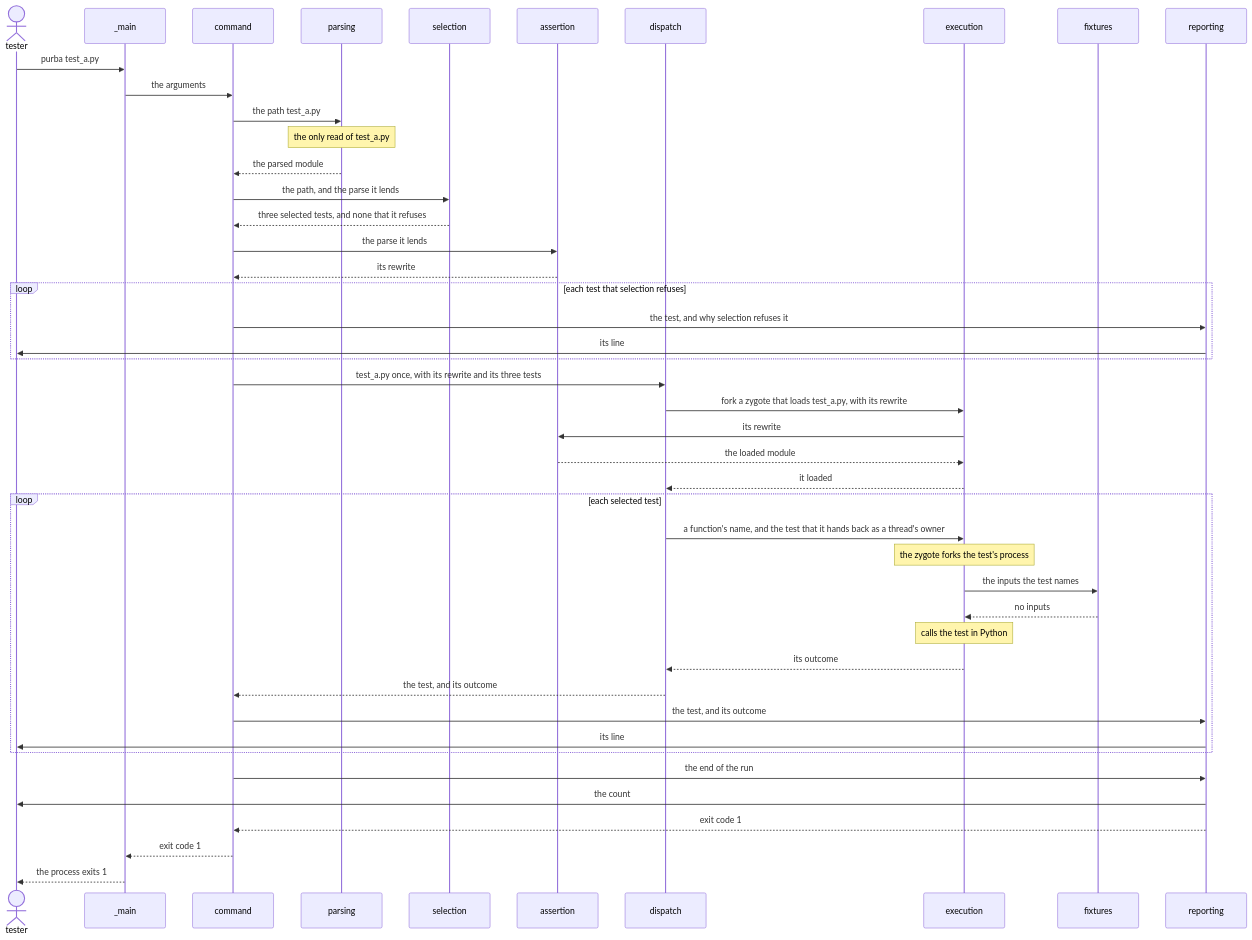
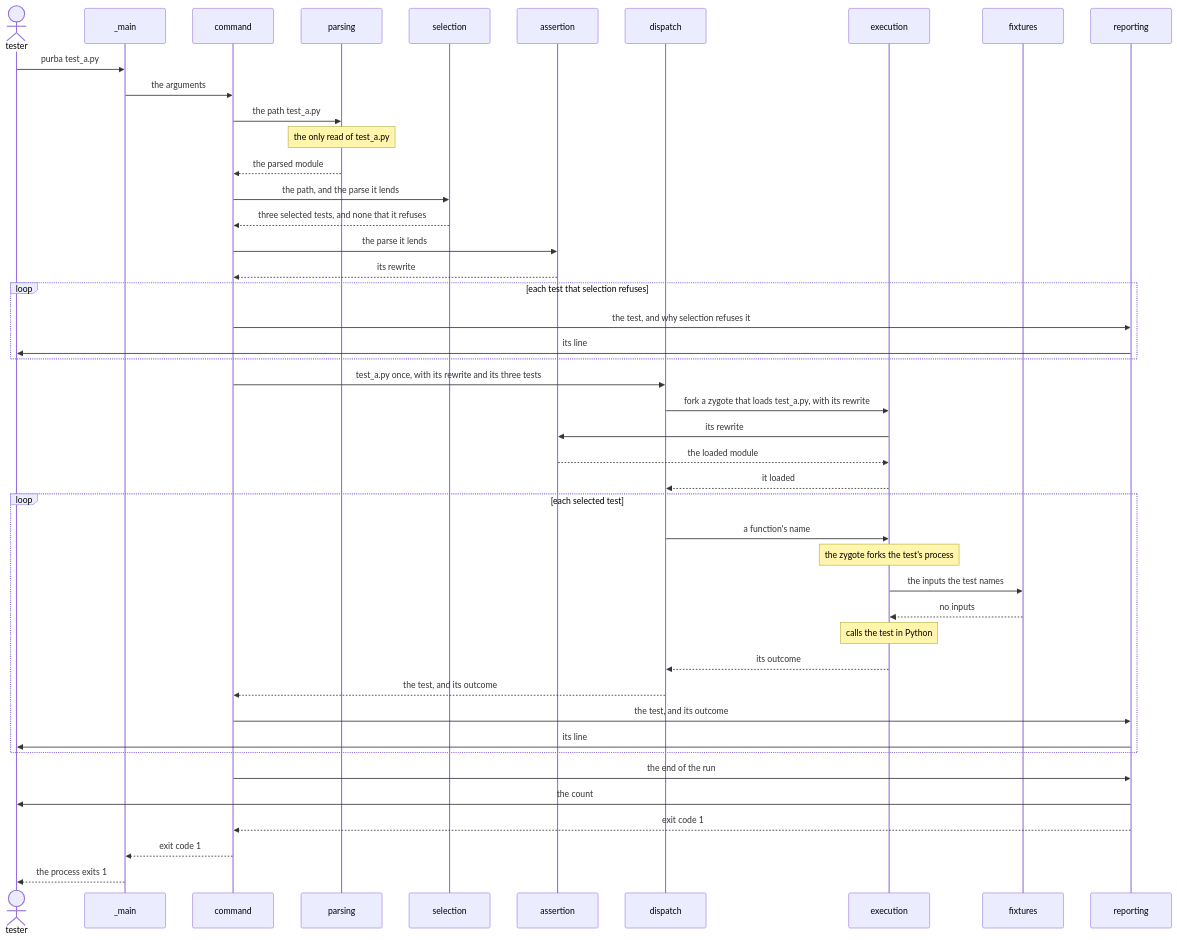
The third of 3 diagrams in LANDSCAPE.md (kalonji-tools/purba), drawn with Mermaid before and after one commit. The commit also changed 24 other files, not shown here.

````diff
--- a/LANDSCAPE.md
+++ b/LANDSCAPE.md
@@ -85,47 +85,47 @@
 ```mermaid
 sequenceDiagram
   actor tester
   participant main as _main
   participant command
   participant parsing
   participant selection
   participant assertion
   participant dispatch
   participant execution
   participant fixtures
   participant reporting
   tester ->> main: purba test_a.py
   main ->> command: the arguments
   command ->> parsing: the path test_a.py
   Note over parsing: the only read of test_a.py
   parsing -->> command: the parsed module
   command ->> selection: the path, and the parse it lends
   selection -->> command: three selected tests, and none that it refuses
   command ->> assertion: the parse it lends
   assertion -->> command: its rewrite
   loop each test that selection refuses
     command ->> reporting: the test, and why selection refuses it
     reporting ->> tester: its line
   end
   command ->> dispatch: test_a.py once, with its rewrite and its three tests
   dispatch ->> execution: fork a zygote that loads test_a.py, with its rewrite
   execution ->> assertion: its rewrite
   assertion -->> execution: the loaded module
   execution -->> dispatch: it loaded
   loop each selected test
-    dispatch ->> execution: a function's name, and the test that it hands back as a thread's owner
+    dispatch ->> execution: a function's name
     Note over execution: the zygote forks the test's process
     execution ->> fixtures: the inputs the test names
     fixtures -->> execution: no inputs
     Note over execution: calls the test in Python
     execution -->> dispatch: its outcome
     dispatch -->> command: the test, and its outcome
     command ->> reporting: the test, and its outcome
     reporting ->> tester: its line
   end
   command ->> reporting: the end of the run
   reporting ->> tester: the count
   reporting -->> command: exit code 1
   command -->> main: exit code 1
   main -->> tester: the process exits 1
 ```
````
